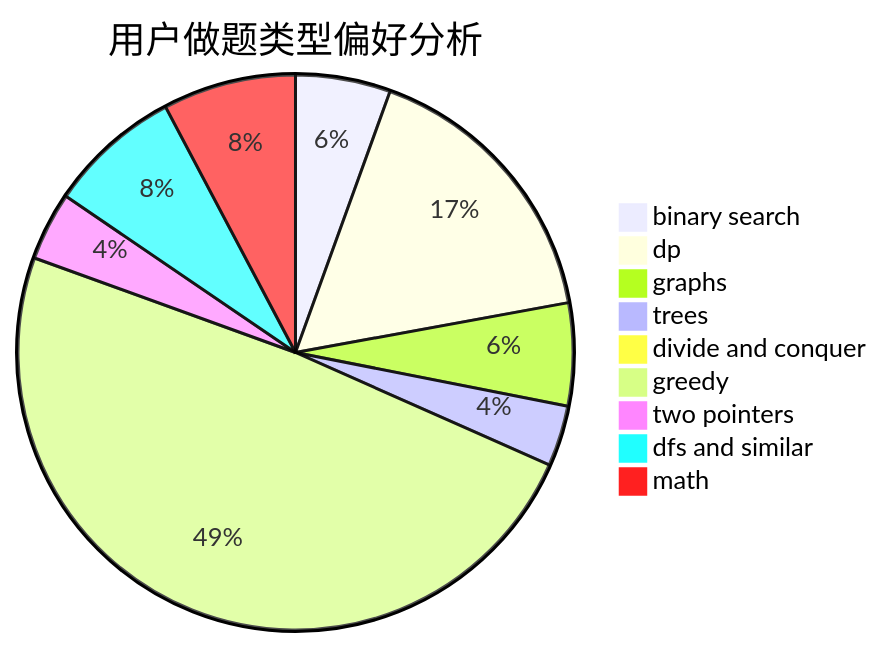
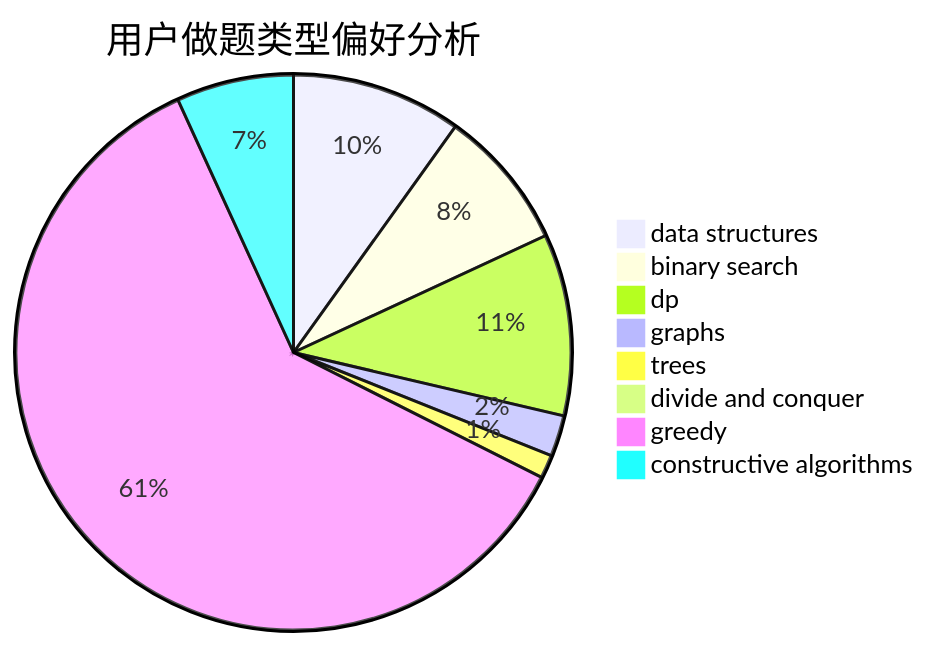
The second of 3 diagrams in docs/user/u354.md (sherpahu/cfrs.github.io), drawn with Mermaid before and after one commit. The commit also changed other lines of this file and 2775 other files, not shown here.

````diff
--- a/docs/user/u354.md
+++ b/docs/user/u354.md
@@ -23,12 +23,11 @@
 ```mermaid
 pie title 用户做题类型偏好分析
-    "binary search" :  25
-    "dp" :  75
-    "graphs" :  27
-    "trees" :  16
+    "data structures" :  29
+    "binary search" :  24
+    "dp" :  31
+    "graphs" :  7
+    "trees" :  4
     "divide and conquer" :  1
-    "greedy" :  221
-    "two pointers" :  18
-    "dfs and similar" :  35
-    "math" :  35
+    "greedy" :  178
+    "constructive algorithms" :  20
 ```
````
